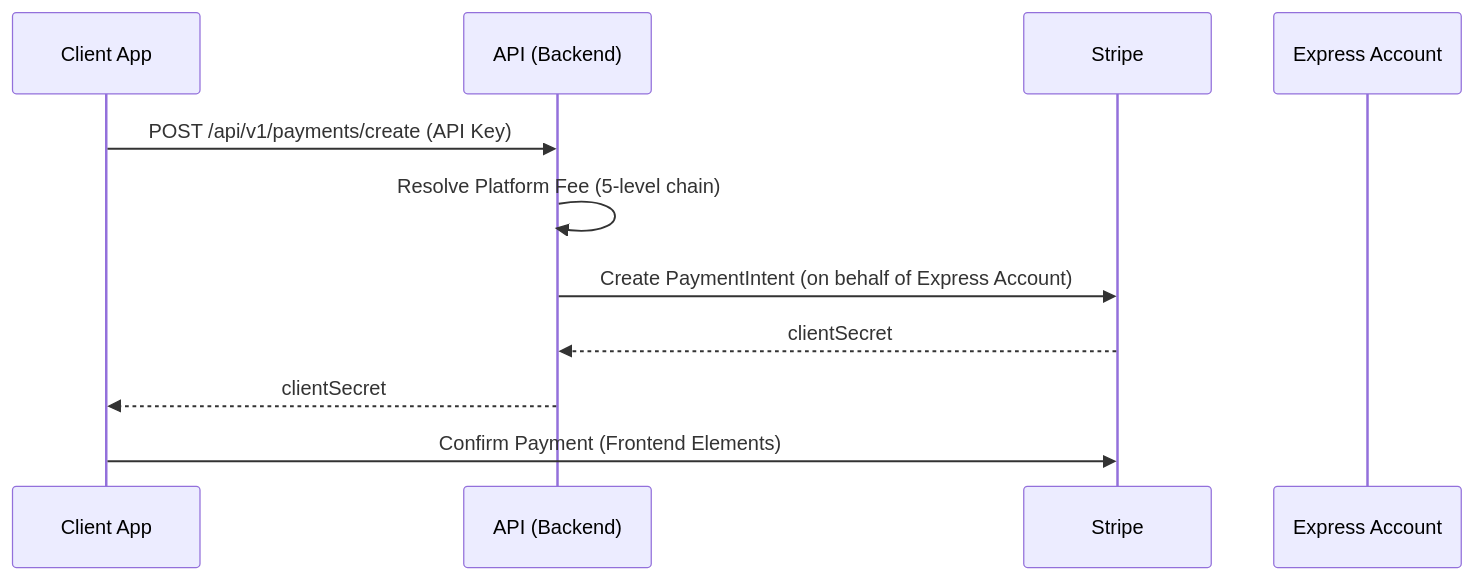
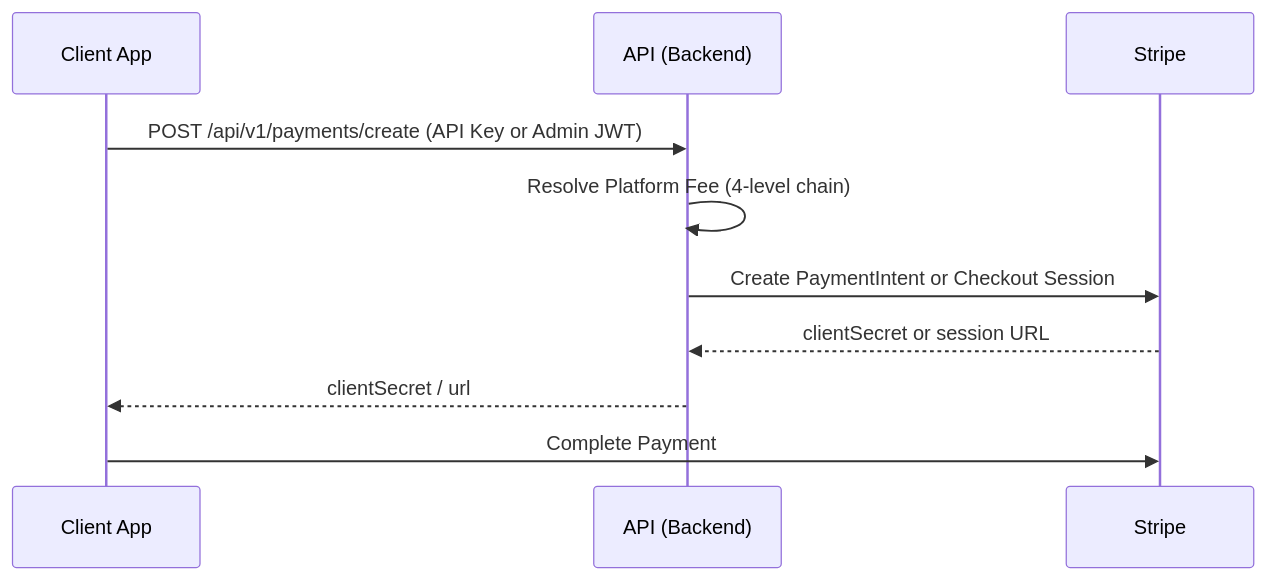
One commit to DFW-Software-Consulting/dfwsc2.0 changed the first of 2 diagrams in docs/ARCHITECTURE.md. Above: the diagram before and after it, drawn with Mermaid. The commit also changed other lines of this file and 7 other files, not shown here.

````diff
--- a/docs/ARCHITECTURE.md
+++ b/docs/ARCHITECTURE.md
@@ -29,14 +25,13 @@
 ```mermaid
 sequenceDiagram
     participant C as Client App
     participant A as API (Backend)
     participant S as Stripe
-    participant E as Express Account
 
-    C->>A: POST /api/v1/payments/create (API Key)
-    A->>A: Resolve Platform Fee (5-level chain)
-    A->>S: Create PaymentIntent (on behalf of Express Account)
-    S-->>A: clientSecret
-    A-->>C: clientSecret
-    C->>S: Confirm Payment (Frontend Elements)
+    C->>A: POST /api/v1/payments/create (API Key or Admin JWT)
+    A->>A: Resolve Platform Fee (4-level chain)
+    A->>S: Create PaymentIntent or Checkout Session
+    S-->>A: clientSecret or session URL
+    A-->>C: clientSecret / url
+    C->>S: Complete Payment
 ```
````
